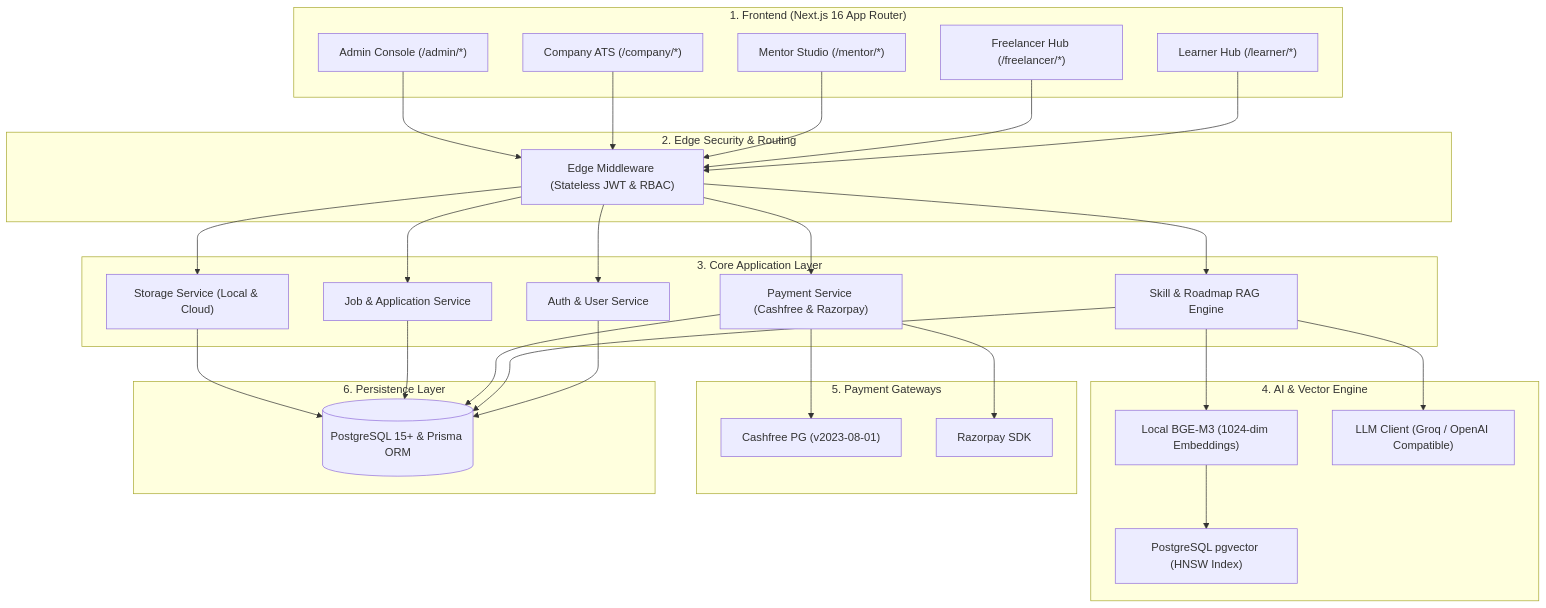
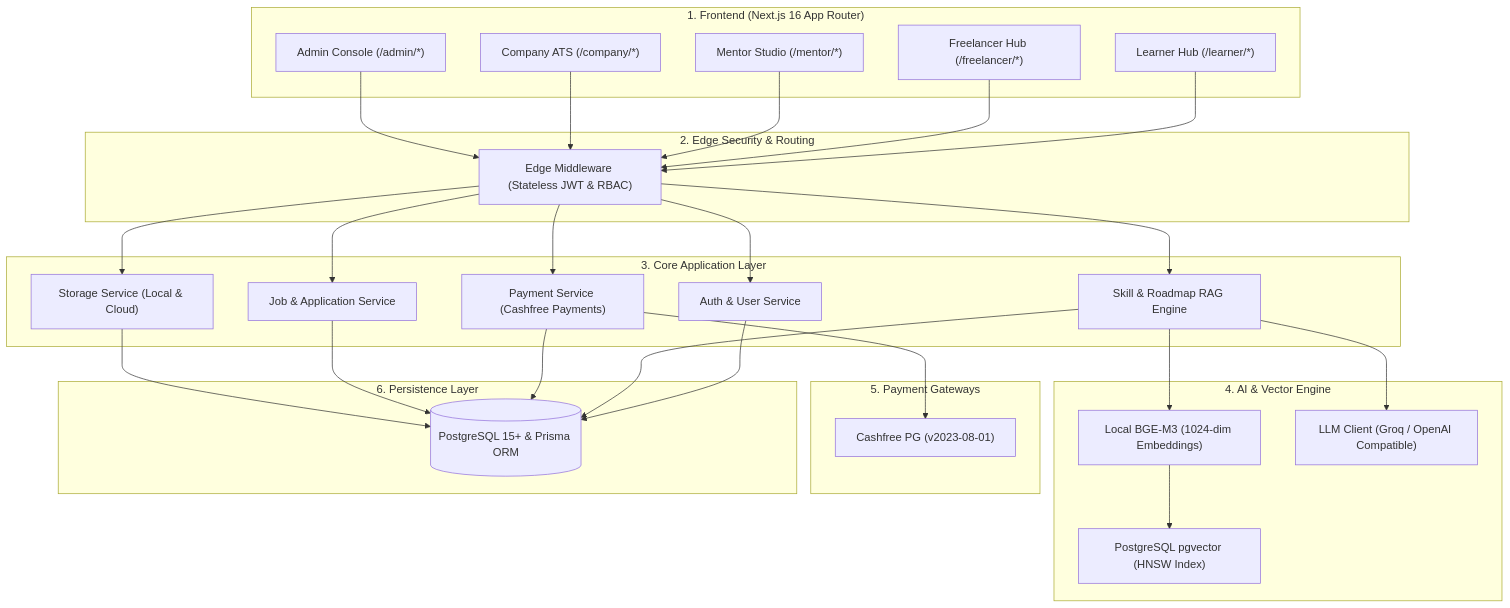
One commit to tharuntej123/growearn changed the diagram in README.md. Above: the diagram before and after it, drawn with Mermaid. The commit also changed other lines of this file and 47 other files, not shown here.

Commit message:
feat: transition payment gateway to Cashfree and implement real-time multi-RAG sync

````diff
--- a/README.md
+++ b/README.md
@@ -72,62 +72,60 @@
 ```mermaid
 graph TD
     subgraph Frontend["1. Frontend (Next.js 16 App Router)"]
         UI_Learner["Learner Hub (/learner/*)"]
         UI_Freelancer["Freelancer Hub (/freelancer/*)"]
         UI_Mentor["Mentor Studio (/mentor/*)"]
         UI_Company["Company ATS (/company/*)"]
         UI_Admin["Admin Console (/admin/*)"]
     end
 
     subgraph Security["2. Edge Security & Routing"]
         Middleware["Edge Middleware (Stateless JWT & RBAC)"]
     end
 
     subgraph Application["3. Core Application Layer"]
         AuthSvc["Auth & User Service"]
         SkillRAG["Skill & Roadmap RAG Engine"]
-        PaymentSvc["Payment Service (Cashfree & Razorpay)"]
+        PaymentSvc["Payment Service (Cashfree Payments)"]
         JobSvc["Job & Application Service"]
         StorageSvc["Storage Service (Local & Cloud)"]
     end
 
     subgraph AI_Engine["4. AI & Vector Engine"]
         BGE3["Local BGE-M3 (1024-dim Embeddings)"]
         PgVector["PostgreSQL pgvector (HNSW Index)"]
         GroqLLM["LLM Client (Groq / OpenAI Compatible)"]
     end
 
     subgraph Payments["5. Payment Gateways"]
         Cashfree["Cashfree PG (v2023-08-01)"]
-        Razorpay["Razorpay SDK"]
     end
 
     subgraph Database["6. Persistence Layer"]
         DB[("PostgreSQL 15+ & Prisma ORM")]
     end
 
     UI_Learner --> Middleware
     UI_Freelancer --> Middleware
     UI_Mentor --> Middleware
     UI_Company --> Middleware
     UI_Admin --> Middleware
 
     Middleware --> AuthSvc
     Middleware --> SkillRAG
     Middleware --> PaymentSvc
     Middleware --> JobSvc
     Middleware --> StorageSvc
 
     SkillRAG --> BGE3
     BGE3 --> PgVector
     SkillRAG --> GroqLLM
 
     PaymentSvc --> Cashfree
-    PaymentSvc --> Razorpay
 
     AuthSvc --> DB
     SkillRAG --> DB
     PaymentSvc --> DB
     JobSvc --> DB
     StorageSvc --> DB
 ```
````
